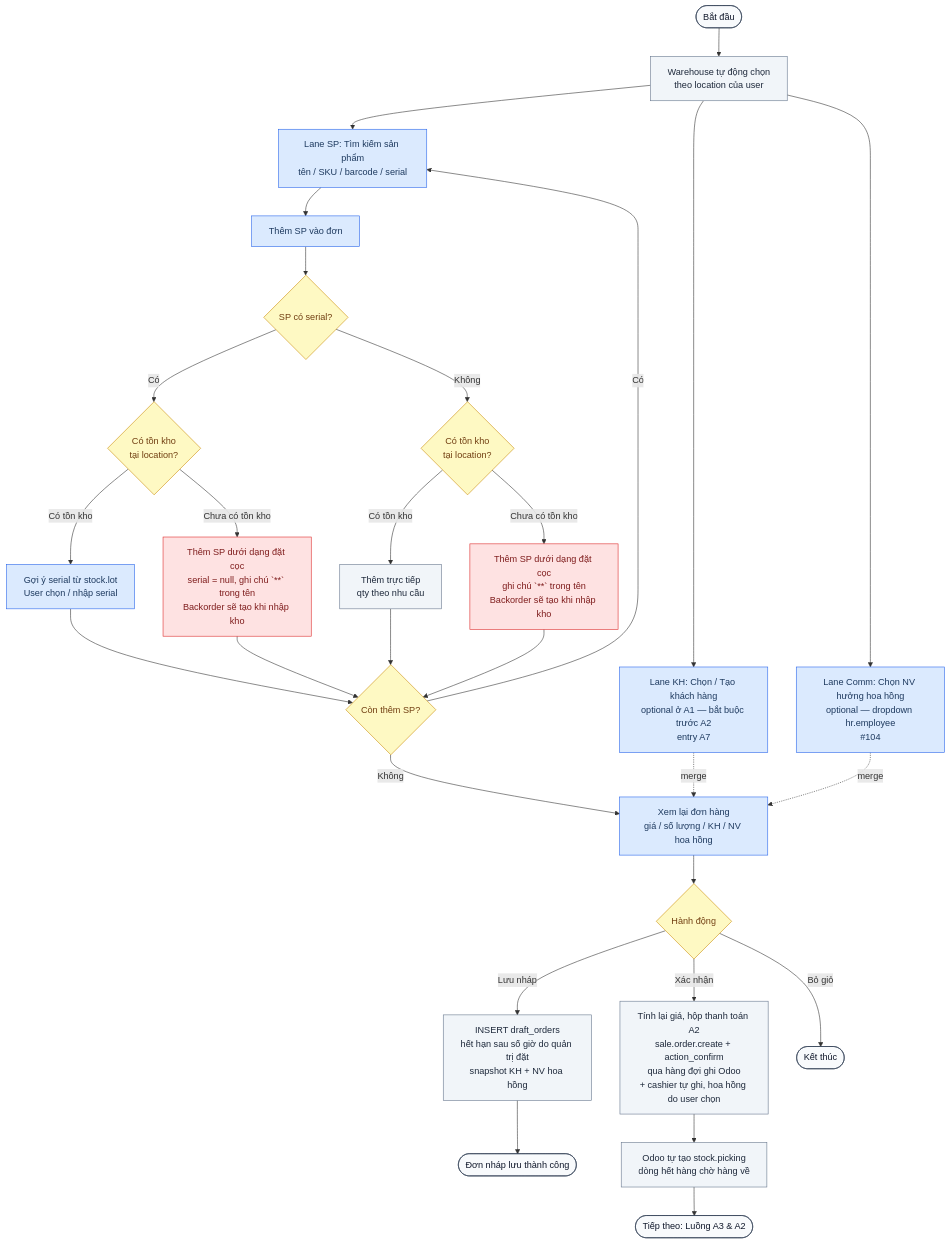
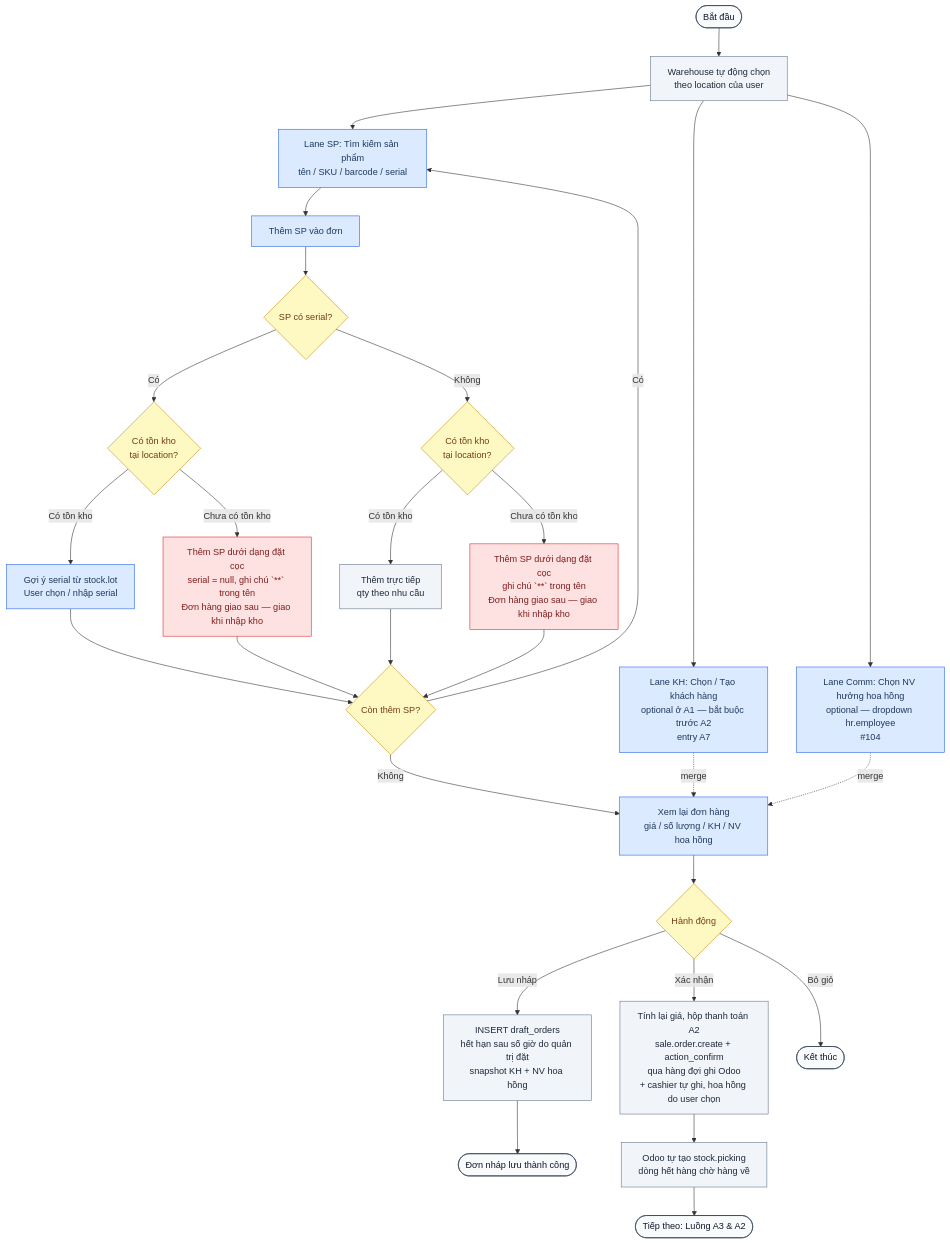
The second of 20 diagrams in process_flow.md (ngohuuduc/VJ_mobile_POS), drawn with Mermaid before and after one commit. The commit also changed other lines of this file and 1 other file, not shown here.

First line of the commit message:
docs: backorder → đơn hàng giao sau / đơn hàng chờ giao

````diff
--- a/process_flow.md
+++ b/process_flow.md
@@ -144,51 +144,51 @@
 ```mermaid
 flowchart TD
     classDef user fill:#DBEAFE,stroke:#2563EB,color:#1e3a5f
     classDef system fill:#F1F5F9,stroke:#64748B,color:#1e293b
     classDef accountant fill:#CCFBF1,stroke:#0D9488,color:#134E4A
     classDef decision fill:#FEF9C3,stroke:#CA8A04,color:#713f12
     classDef terminal fill:#F8FAFC,stroke:#334155,color:#0f172a
     classDef warning fill:#FEE2E2,stroke:#DC2626,color:#7f1d1d
 
     A([Bắt đầu]):::terminal --> B[Warehouse tự động chọn\ntheo location của user]:::system
 
     %% Sau B, 3 lane chạy SONG SONG (cashier có thể đan xen tự do):
     %%   - Lane KH:    Chọn/tạo khách hàng (optional ở A1, bắt buộc trước A2)
     %%   - Lane Comm:  Chọn nhân viên hưởng hoa hồng (optional, per #104)
     %%   - Lane SP:    Tìm + thêm sản phẩm (vòng lặp)
     %% Cả 3 hội tụ tại I (review). Không có dependency thứ tự giữa các lane.
 
     B --> CUS1[Lane KH: Chọn / Tạo khách hàng\noptional ở A1 — bắt buộc trước A2\nentry A7]:::user
     B --> COMM1[Lane Comm: Chọn NV hưởng hoa hồng\noptional — dropdown hr.employee\n#104]:::user
     B --> C[Lane SP: Tìm kiếm sản phẩm\ntên / SKU / barcode / serial]:::user
 
     C --> D[Thêm SP vào đơn]:::user
     D --> E{SP có serial?}:::decision
 
     E -- Có --> F{Có tồn kho\ntại location?}:::decision
     F -- Có tồn kho --> F1[Gợi ý serial từ stock.lot\nUser chọn / nhập serial]:::user
-    F -- Chưa có tồn kho --> F2[Thêm SP dưới dạng đặt cọc\nserial = null, ghi chú `**` trong tên\nBackorder sẽ tạo khi nhập kho]:::warning
+    F -- Chưa có tồn kho --> F2[Thêm SP dưới dạng đặt cọc\nserial = null, ghi chú `**` trong tên\nĐơn hàng giao sau — giao khi nhập kho]:::warning
 
     E -- Không --> G{Có tồn kho\ntại location?}:::decision
     G -- Có tồn kho --> G1[Thêm trực tiếp\nqty theo nhu cầu]:::system
-    G -- Chưa có tồn kho --> G2[Thêm SP dưới dạng đặt cọc\nghi chú `**` trong tên\nBackorder sẽ tạo khi nhập kho]:::warning
+    G -- Chưa có tồn kho --> G2[Thêm SP dưới dạng đặt cọc\nghi chú `**` trong tên\nĐơn hàng giao sau — giao khi nhập kho]:::warning
 
     F1 --> H{Còn thêm SP?}:::decision
     F2 --> H
     G1 --> H
     G2 --> H
     H -- Có --> C
     H -- Không --> I[Xem lại đơn hàng\ngiá / số lượng / KH / NV hoa hồng]:::user
 
     %% 3 lane hội tụ tại I — KH lane + Comm lane đi thẳng vào I sau khi user thao tác xong
     CUS1 -.merge.-> I
     COMM1 -.merge.-> I
 
     I --> J{Hành động}:::decision
     J -- Lưu nháp --> K[INSERT draft_orders\nhết hạn sau số giờ do quản trị đặt\nsnapshot KH + NV hoa hồng]:::system
     K --> L([Đơn nháp lưu thành công]):::terminal
     J -- Xác nhận --> M[Tính lại giá, hộp thanh toán A2\nsale.order.create + action_confirm\nqua hàng đợi ghi Odoo\n+ cashier tự ghi, hoa hồng do user chọn]:::system
     M --> N[Odoo tự tạo stock.picking\ndòng hết hàng chờ hàng về]:::system
     N --> O([Tiếp theo: Luồng A3 & A2]):::terminal
     J -- Bỏ giỏ --> P([Kết thúc]):::terminal
 ```
````
